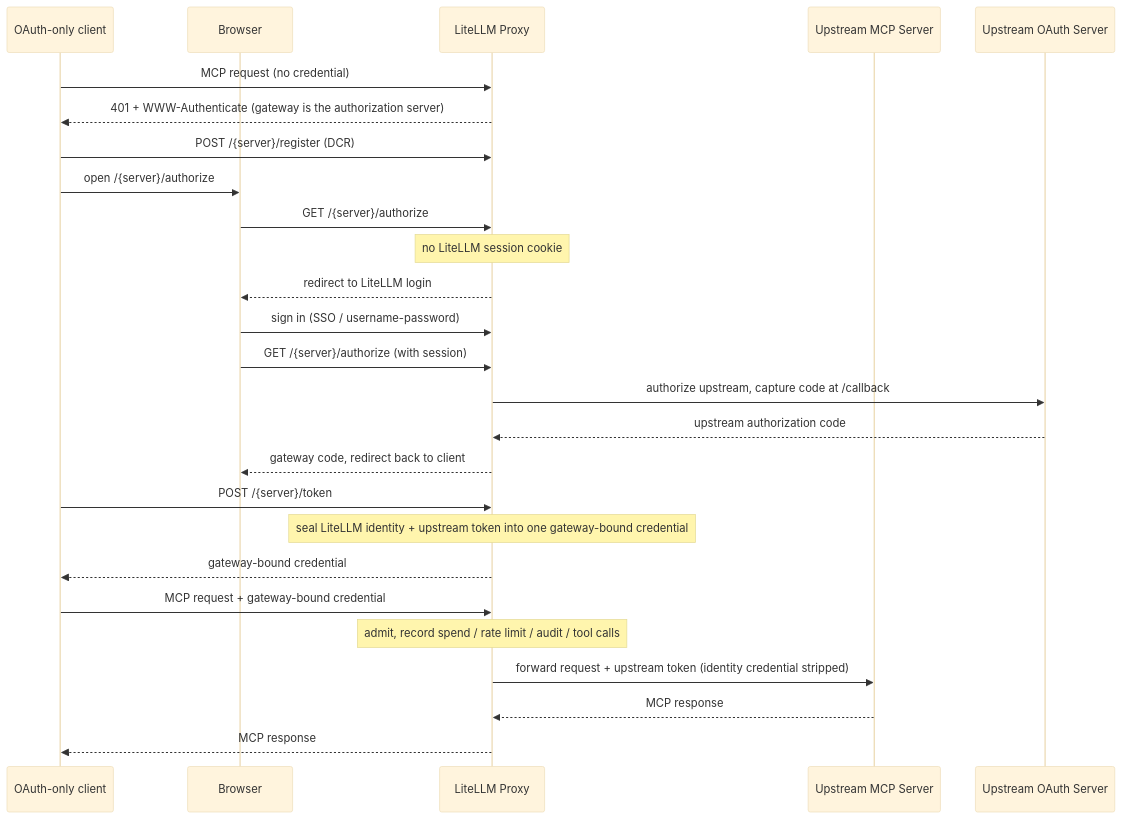
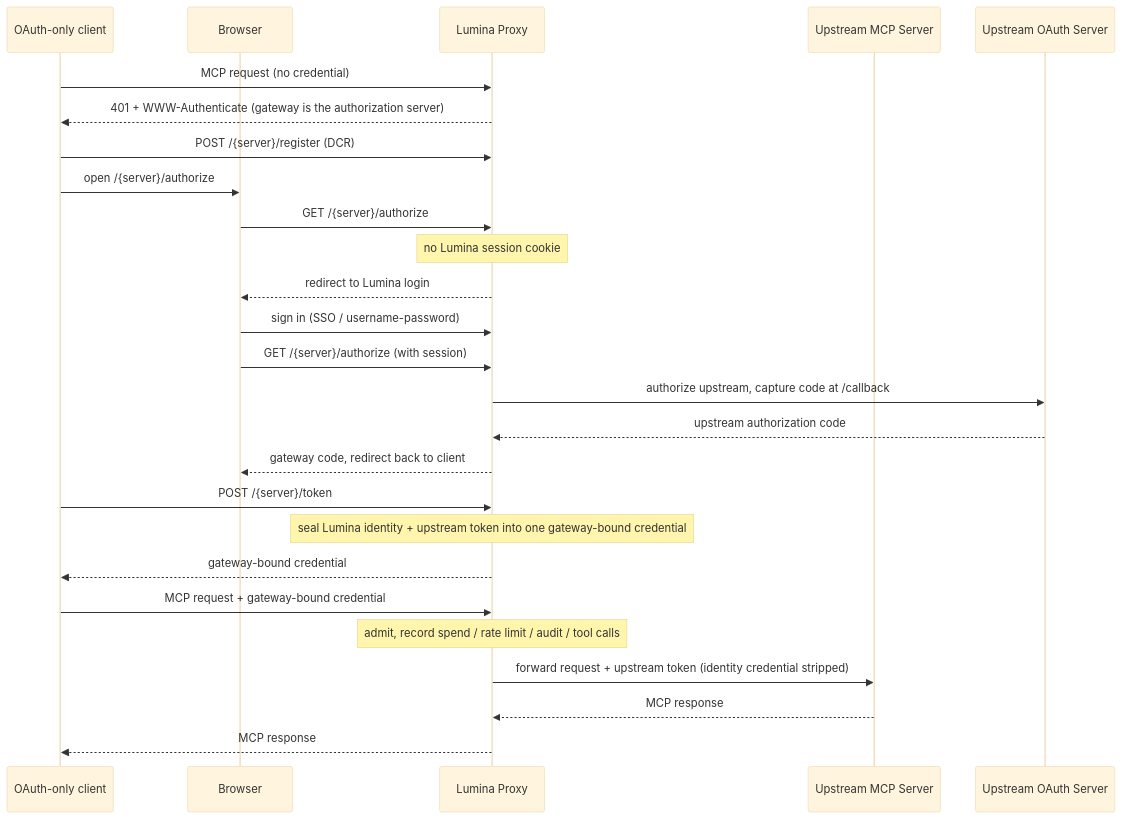
The third of 4 diagrams in docs/mcp_oauth_passthrough.md (Soventra/lumina-docs), drawn with Mermaid (base theme) before and after one commit. The commit also changed other lines of this file and 1578 other files, not shown here.

````diff
--- a/docs/mcp_oauth_passthrough.md
+++ b/docs/mcp_oauth_passthrough.md
@@ -282,29 +282,29 @@
 ```mermaid
 sequenceDiagram
     participant Client as OAuth-only client
     participant Browser
-    participant LiteLLM as LiteLLM Proxy
+    participant Lumina as Lumina Proxy
     participant MCP as Upstream MCP Server
     participant Auth as Upstream OAuth Server
 
-    Client->>LiteLLM: MCP request (no credential)
-    LiteLLM-->>Client: 401 + WWW-Authenticate (gateway is the authorization server)
-    Client->>LiteLLM: POST /{server}/register (DCR)
+    Client->>Lumina: MCP request (no credential)
+    Lumina-->>Client: 401 + WWW-Authenticate (gateway is the authorization server)
+    Client->>Lumina: POST /{server}/register (DCR)
     Client->>Browser: open /{server}/authorize
-    Browser->>LiteLLM: GET /{server}/authorize
-    Note over LiteLLM: no LiteLLM session cookie
-    LiteLLM-->>Browser: redirect to LiteLLM login
-    Browser->>LiteLLM: sign in (SSO / username-password)
-    Browser->>LiteLLM: GET /{server}/authorize (with session)
-    LiteLLM->>Auth: authorize upstream, capture code at /callback
-    Auth-->>LiteLLM: upstream authorization code
-    LiteLLM-->>Browser: gateway code, redirect back to client
-    Client->>LiteLLM: POST /{server}/token
-    Note over LiteLLM: seal LiteLLM identity + upstream token into one gateway-bound credential
-    LiteLLM-->>Client: gateway-bound credential
-    Client->>LiteLLM: MCP request + gateway-bound credential
-    Note over LiteLLM: admit, record spend / rate limit / audit / tool calls
-    LiteLLM->>MCP: forward request + upstream token (identity credential stripped)
-    MCP-->>LiteLLM: MCP response
-    LiteLLM-->>Client: MCP response
+    Browser->>Lumina: GET /{server}/authorize
+    Note over Lumina: no Lumina session cookie
+    Lumina-->>Browser: redirect to Lumina login
+    Browser->>Lumina: sign in (SSO / username-password)
+    Browser->>Lumina: GET /{server}/authorize (with session)
+    Lumina->>Auth: authorize upstream, capture code at /callback
+    Auth-->>Lumina: upstream authorization code
+    Lumina-->>Browser: gateway code, redirect back to client
+    Client->>Lumina: POST /{server}/token
+    Note over Lumina: seal Lumina identity + upstream token into one gateway-bound credential
+    Lumina-->>Client: gateway-bound credential
+    Client->>Lumina: MCP request + gateway-bound credential
+    Note over Lumina: admit, record spend / rate limit / audit / tool calls
+    Lumina->>MCP: forward request + upstream token (identity credential stripped)
+    MCP-->>Lumina: MCP response
+    Lumina-->>Client: MCP response
 ```
````
